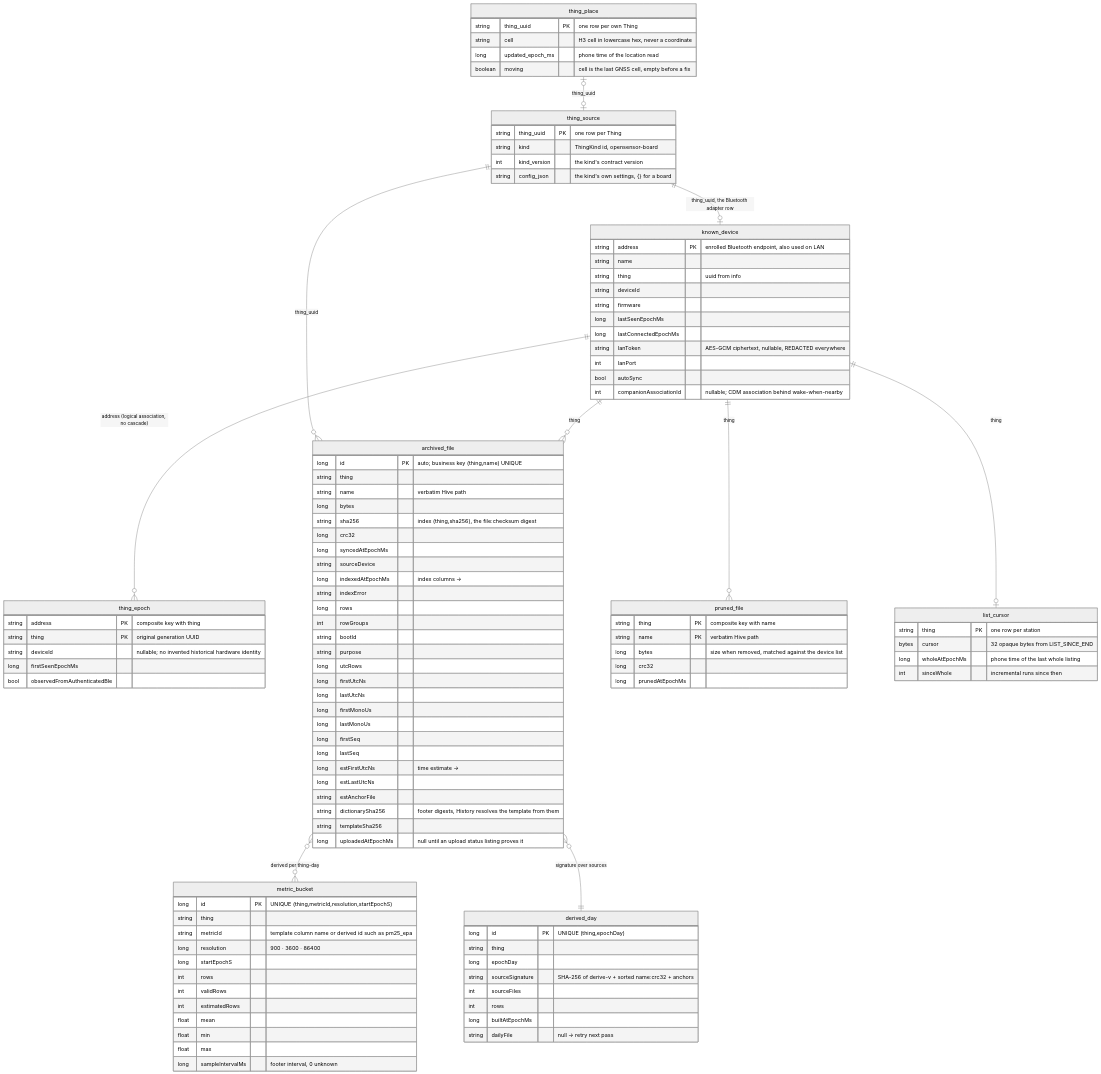
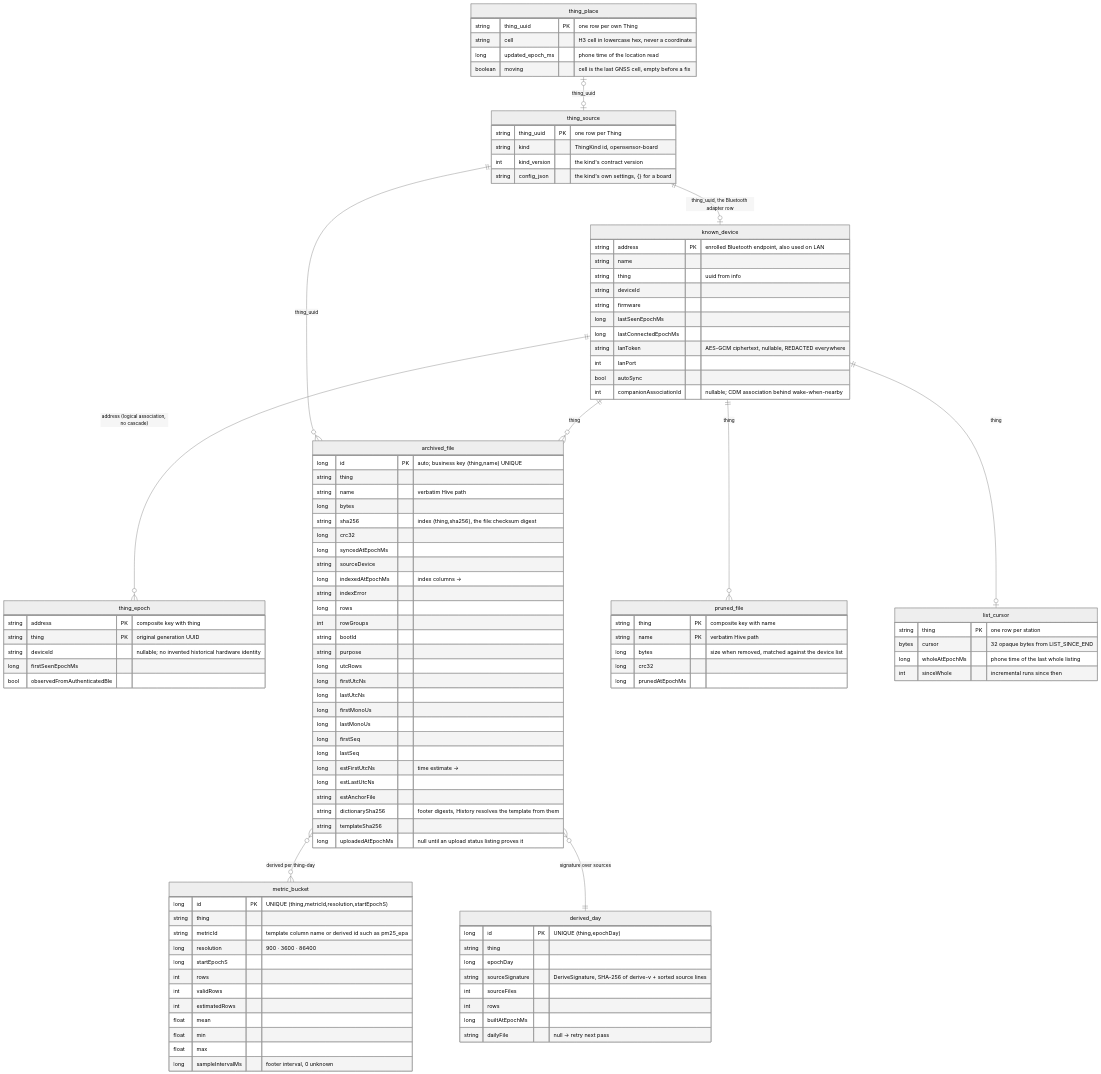
One commit to walkthru-earth/opensensor-space-mobile changed the first of 2 diagrams in docs/data-model.md. Above: the diagram before and after it, drawn with Mermaid (neutral theme). The commit also changed other lines of this file and 12 other files, not shown here.

```diff
--- a/docs/data-model.md
+++ b/docs/data-model.md
@@ -96,7 +96,7 @@
     long id PK "UNIQUE (thing,epochDay)"
     string thing
     long epochDay
-    string sourceSignature "SHA-256 of derive-v<DERIVE_VERSION> + sorted name:crc32 + anchors"
+    string sourceSignature "DeriveSignature, SHA-256 of derive-v<VERSION> + sorted source lines"
     int sourceFiles
     int rows
     long builtAtEpochMs
```
